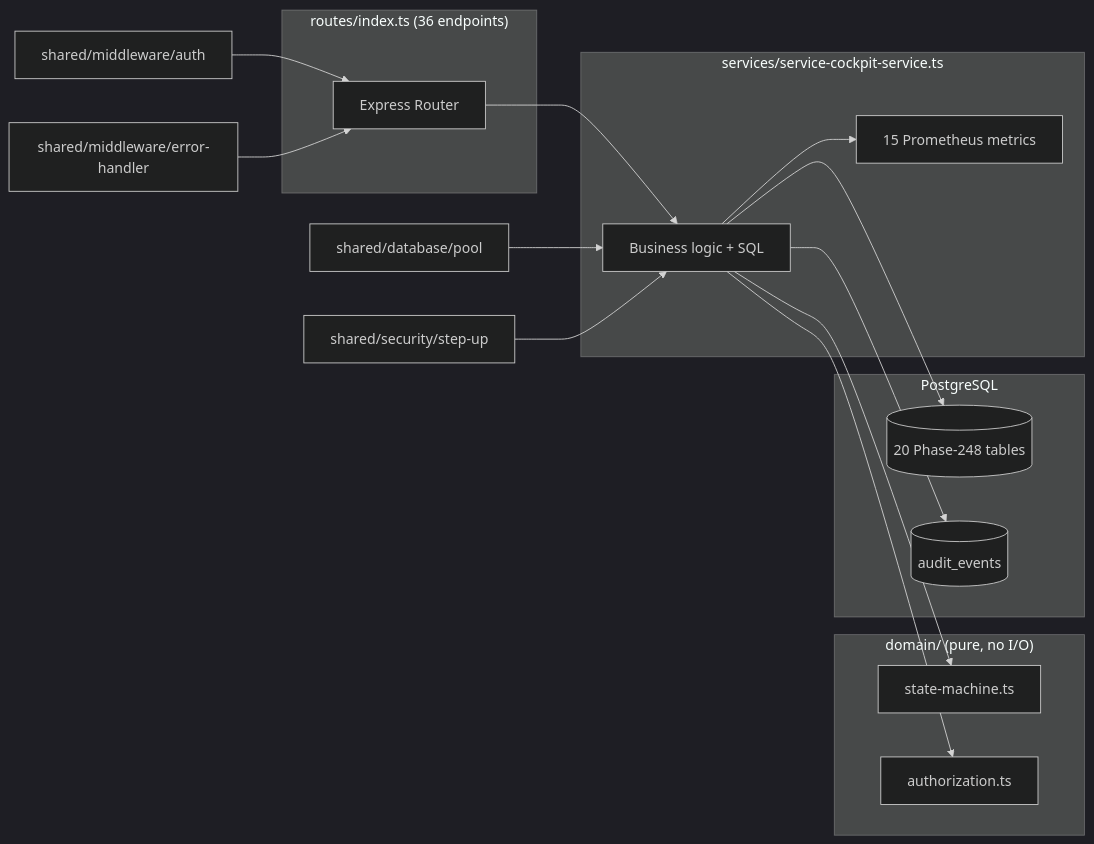
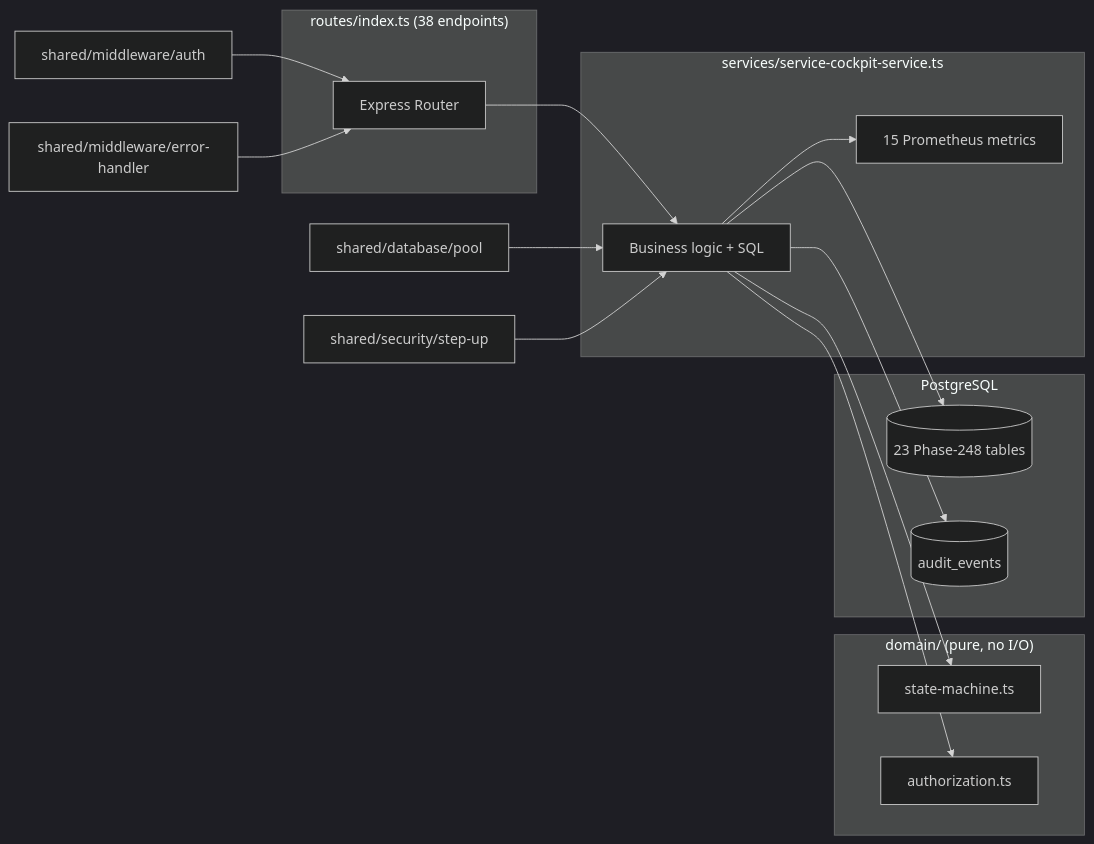
Before and after one commit to Alegnta19/Car-dealership-software: the first of 4 diagrams in docs/PHASE-248-SERVICE-COCKPIT-V2.md, drawn with Mermaid (dark theme). The commit also changed other lines of this file and 12 other files, not shown here.

````diff
--- a/docs/PHASE-248-SERVICE-COCKPIT-V2.md
+++ b/docs/PHASE-248-SERVICE-COCKPIT-V2.md
@@ -127,28 +132,28 @@
 ```mermaid
 flowchart LR
-  subgraph HTTP["routes/index.ts (36 endpoints)"]
+  subgraph HTTP["routes/index.ts (38 endpoints)"]
     R[Express Router]
   end
   subgraph SVC["services/service-cockpit-service.ts"]
     S[Business logic + SQL]
     M[15 Prometheus metrics]
   end
   subgraph DOM["domain/ (pure, no I/O)"]
     SM[state-machine.ts]
     AZ[authorization.ts]
   end
   subgraph DB["PostgreSQL"]
-    T20[(20 Phase-248 tables)]
+    T23[(23 Phase-248 tables)]
     AUD[(audit_events)]
   end
   AUTH[shared/middleware/auth] --> R
   ERR[shared/middleware/error-handler] --> R
   R --> S
   S --> SM
   S --> AZ
-  S --> T20
+  S --> T23
   S --> AUD
   S --> M
   POOL[shared/database/pool] --> S
   STEP[shared/security/step-up] --> S
 ```
````
